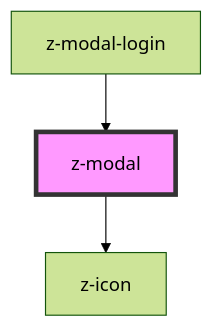
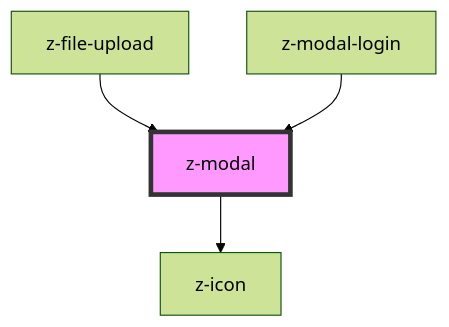
One commit to ZanichelliEditore/design-system changed the diagram in src/components/modal/z-modal/readme.md. Above: the diagram before and after it, drawn with Mermaid (forest theme). The commit also changed other lines of this file and 5 other files, not shown here.

````diff
--- a/src/components/modal/z-modal/readme.md
+++ b/src/components/modal/z-modal/readme.md
@@ -52,6 +53,7 @@
 ```mermaid
 graph TD;
   z-modal --> z-icon
+  z-file-upload --> z-modal
   z-modal-login --> z-modal
   style z-modal fill:#f9f,stroke:#333,stroke-width:4px
 ```
````
